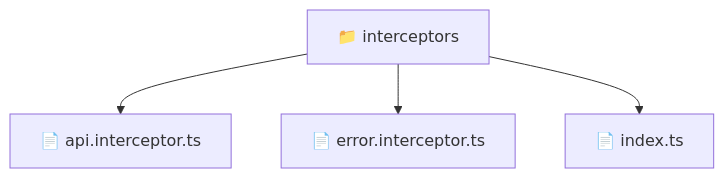
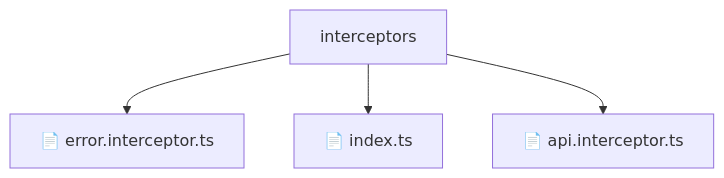
One commit to beginwebdev2002/fullstack-mavluda changed the diagram in frontend/src/core/interceptors/README.md. Above: the diagram before and after it, drawn with Mermaid. The commit also changed other lines of this file and 155 other files, not shown here.

````diff
--- a/frontend/src/core/interceptors/README.md
+++ b/frontend/src/core/interceptors/README.md
@@ -9,7 +14,7 @@
 ```mermaid
 graph TD
-  Root["📁 interceptors"]
-  Root --> apiinterceptorts["📄 api.interceptor.ts"]
-  Root --> errorinterceptorts["📄 error.interceptor.ts"]
-  Root --> indexts["📄 index.ts"]
+    Root[interceptors]
+    Root --> F0[📄 error.interceptor.ts]
+    Root --> F1[📄 index.ts]
+    Root --> F2[📄 api.interceptor.ts]
 ```
````
